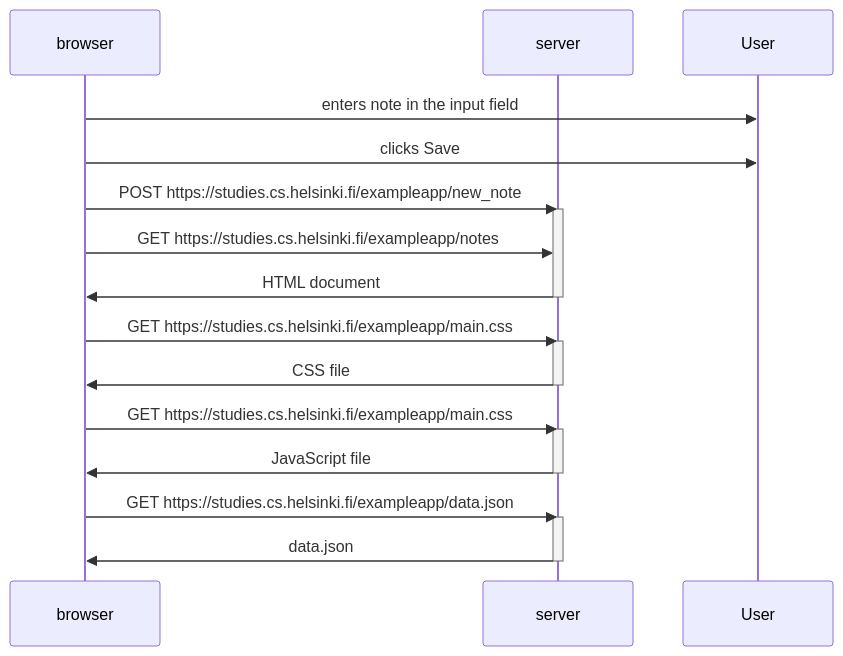
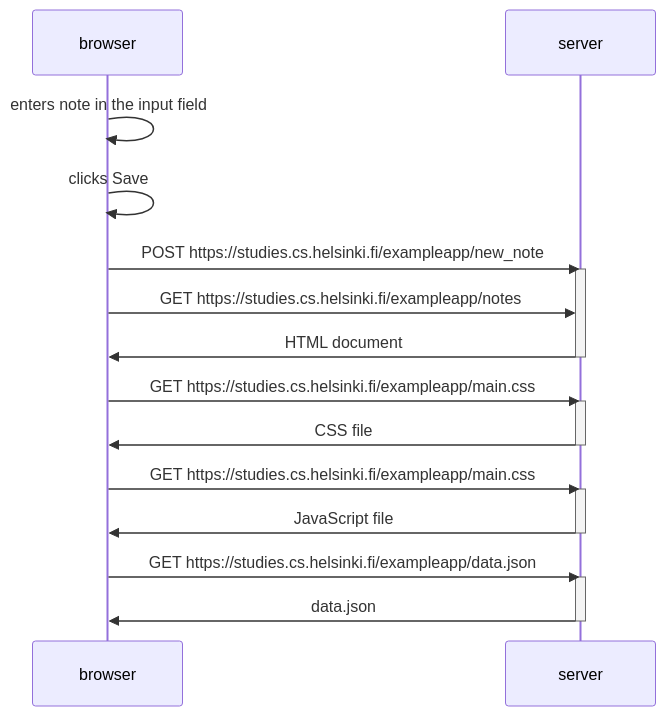
The diagram in README.md (mahmodlte/full-stack-open-part-0), drawn with Mermaid before and after one commit.

Commit message:
fixes to the user part

````diff
--- a/README.md
+++ b/README.md
@@ -1,26 +1,26 @@
 ```mermaid
 sequenceDiagram
     participant browser
     participant server
-    browser->> User:enters note in the input field
-    browser->> User:clicks Save
+    browser->> browser:enters note in the input field
+    browser->> browser:clicks Save
     browser->>server: POST https://studies.cs.helsinki.fi/exampleapp/new_note
     activate server
     browser->>server: GET https://studies.cs.helsinki.fi/exampleapp/notes
     server->>browser: HTML document
     deactivate server
     browser->>server: GET https://studies.cs.helsinki.fi/exampleapp/main.css
     activate server
     server->>browser: CSS file
     deactivate server
     browser->>server: GET https://studies.cs.helsinki.fi/exampleapp/main.css
     activate server
     server->>browser: JavaScript file
     deactivate server
     browser->>server: GET https://studies.cs.helsinki.fi/exampleapp/data.json
     activate server
     server->>browser: data.json
     deactivate server
 
 
 ```
````
